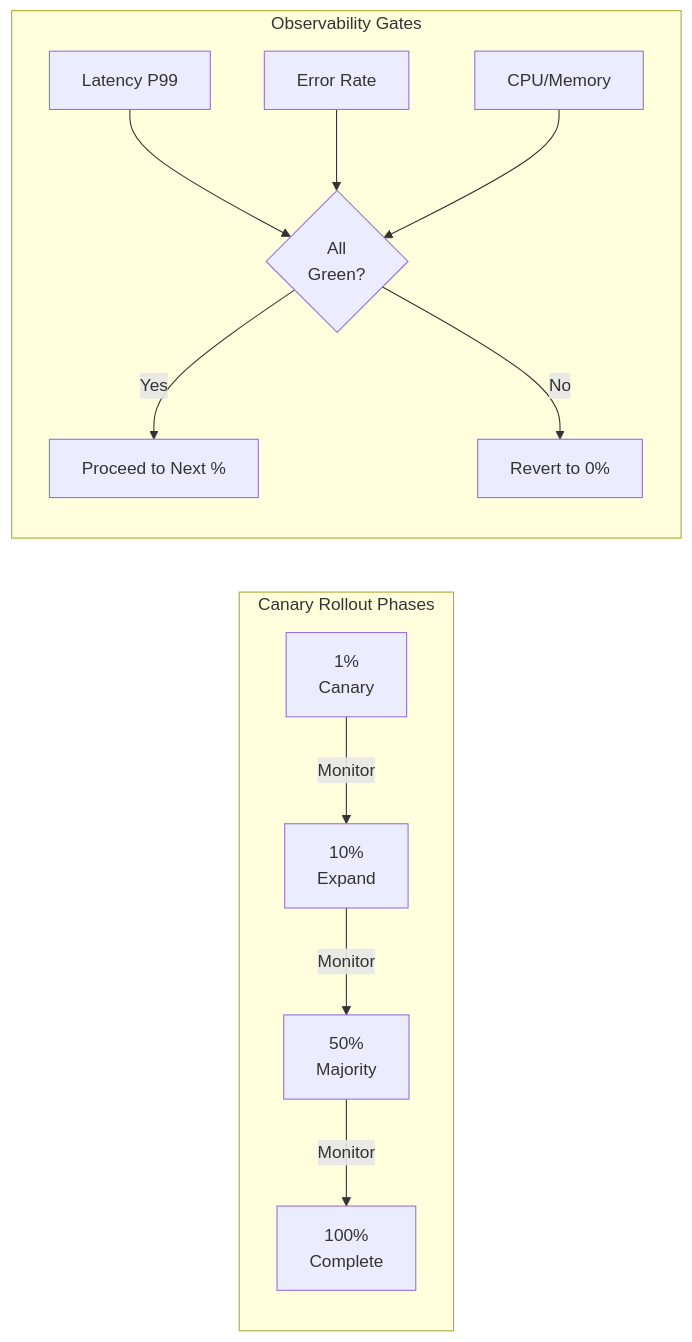
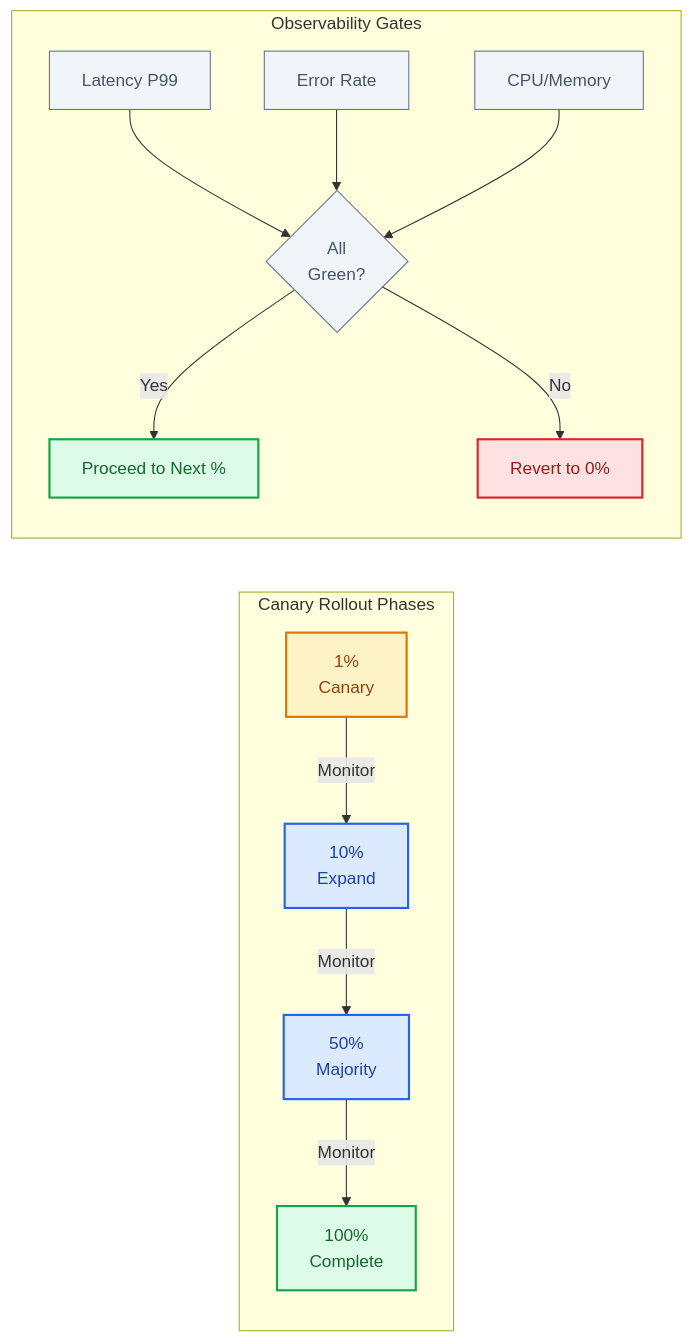
Before and after one commit to udaytamma/Cyrus: the fourth of 4 diagrams in gemini-responses/branch-by-abstraction-20260120-0919.md, drawn with Mermaid. The commit also changed other lines of this file and 28 other files, not shown here.

First line of the commit message:
Upgrade Knowledge Base Mermaid diagrams to professional styling

````diff
--- a/gemini-responses/branch-by-abstraction-20260120-0919.md
+++ b/gemini-responses/branch-by-abstraction-20260120-0919.md
@@ -185,16 +218,31 @@
 ```mermaid
 flowchart LR
-    subgraph "Canary Rollout Phases"
+    subgraph Canary["Canary Rollout Phases"]
         P1["1%<br/>Canary"] -->|Monitor| P2["10%<br/>Expand"]
         P2 -->|Monitor| P3["50%<br/>Majority"]
         P3 -->|Monitor| P4["100%<br/>Complete"]
     end
 
-    subgraph "Observability Gates"
+    subgraph Gates["Observability Gates"]
         M1[Latency P99] --> Gate{All<br/>Green?}
         M2[Error Rate] --> Gate
         M3[CPU/Memory] --> Gate
         Gate -->|Yes| Next[Proceed to Next %]
         Gate -->|No| Rollback[Revert to 0%]
     end
+
+    classDef primary fill:#dbeafe,stroke:#2563eb,color:#1e40af,stroke-width:2px
+    classDef success fill:#dcfce7,stroke:#16a34a,color:#166534,stroke-width:2px
+    classDef warning fill:#fef3c7,stroke:#d97706,color:#92400e,stroke-width:2px
+    classDef error fill:#fee2e2,stroke:#dc2626,color:#991b1b,stroke-width:2px
+    classDef neutral fill:#f1f5f9,stroke:#64748b,color:#475569,stroke-width:1px
+
+    class P1 warning
+    class P2 primary
+    class P3 primary
+    class P4 success
+    class M1,M2,M3 neutral
+    class Gate neutral
+    class Next success
+    class Rollback error
 ```
````
